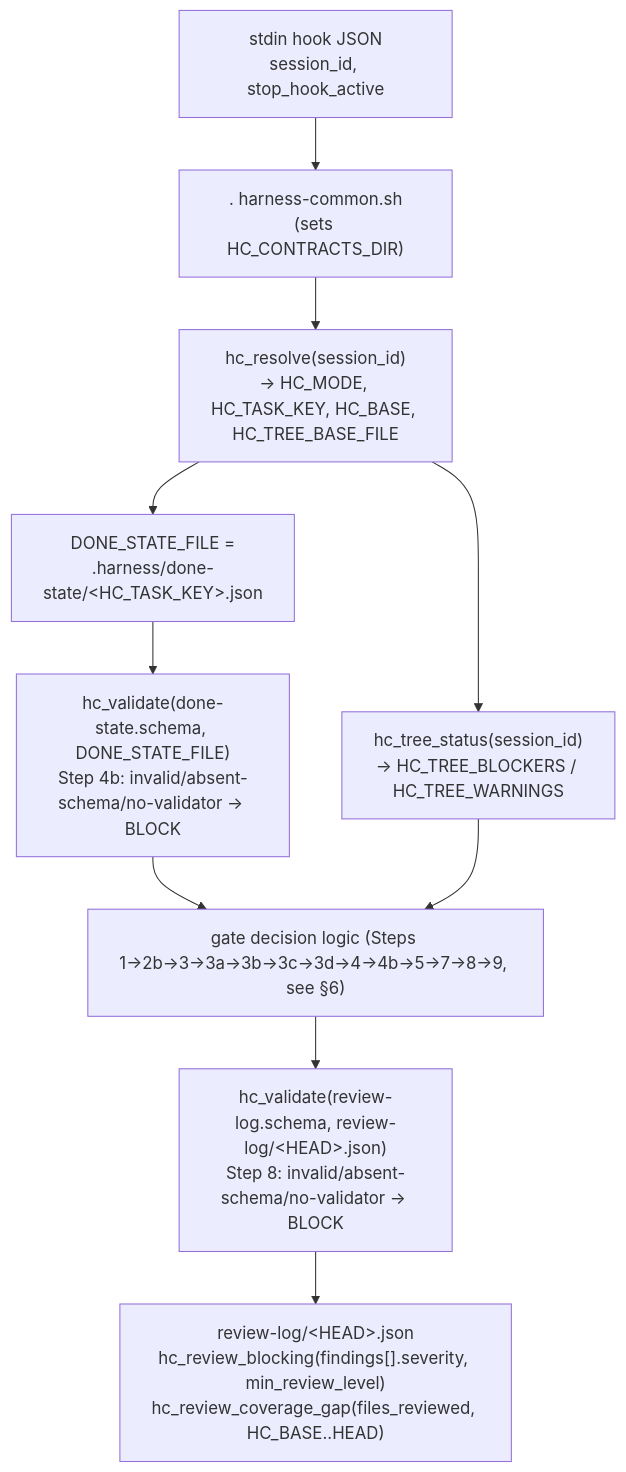
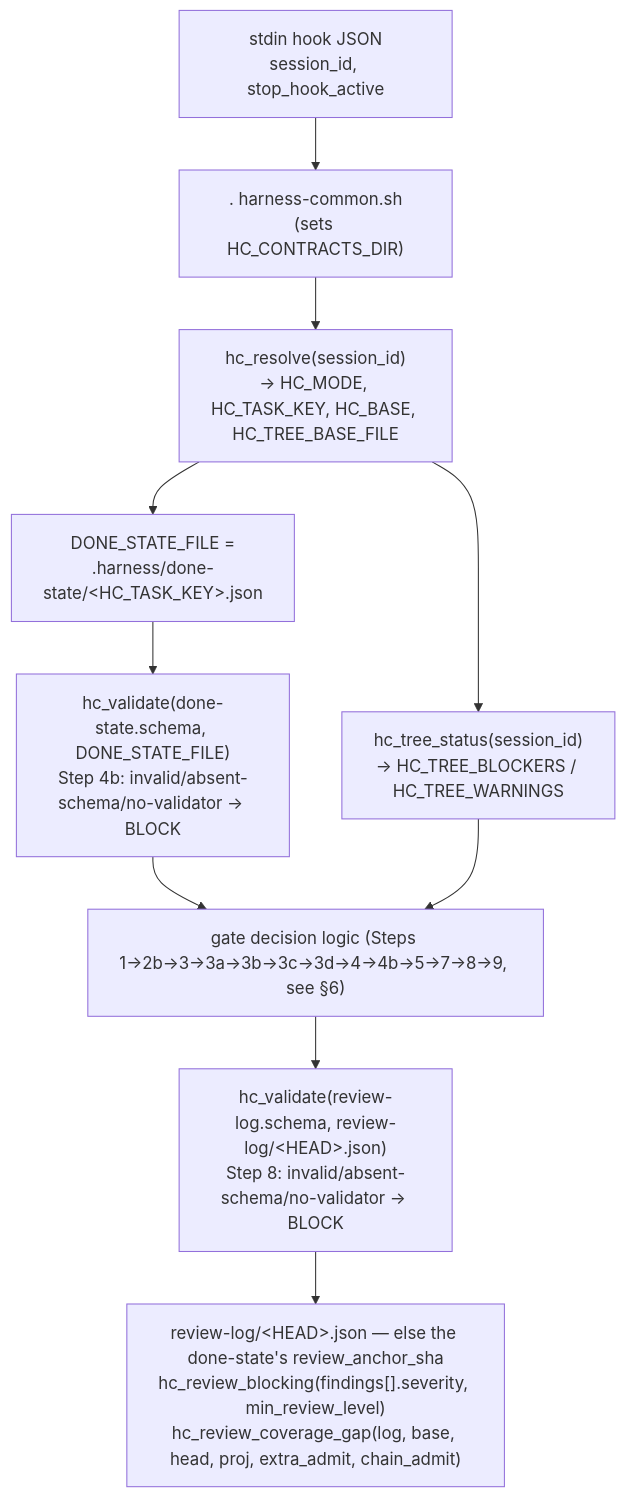
The fourth of 10 diagrams in docs/architecture.md (pehota/harlo), drawn with Mermaid before and after one commit. The commit also changed other lines of this file and 1 other file, not shown here.

````diff
--- a/docs/architecture.md
+++ b/docs/architecture.md
@@ -258,12 +258,12 @@
 ```mermaid
 flowchart TD
   IN["stdin hook JSON<br/>session_id, stop_hook_active"] --> SRC[". harness-common.sh<br/>(sets HC_CONTRACTS_DIR)"]
   SRC --> R["hc_resolve(session_id)<br/>→ HC_MODE, HC_TASK_KEY, HC_BASE, HC_TREE_BASE_FILE"]
   R --> KEY["DONE_STATE_FILE =<br/>.harness/done-state/&lt;HC_TASK_KEY&gt;.json"]
   R --> T["hc_tree_status(session_id)<br/>→ HC_TREE_BLOCKERS / HC_TREE_WARNINGS"]
   KEY --> V1["hc_validate(done-state.schema, DONE_STATE_FILE)<br/>Step 4b: invalid/absent-schema/no-validator → BLOCK"]
   V1 --> DEC["gate decision logic (Steps 1→2b→3→3a→3b→3c→3d→4→4b→5→7→8→9, see §6)"]
   T --> DEC
   DEC --> V2["hc_validate(review-log.schema, review-log/&lt;HEAD&gt;.json)<br/>Step 8: invalid/absent-schema/no-validator → BLOCK"]
-  V2 --> RL["review-log/&lt;HEAD&gt;.json<br/>hc_review_blocking(findings[].severity, min_review_level)<br/>hc_review_coverage_gap(files_reviewed, HC_BASE..HEAD)"]
+  V2 --> RL["review-log/&lt;HEAD&gt;.json — else the done-state's review_anchor_sha<br/>hc_review_blocking(findings[].severity, min_review_level)<br/>hc_review_coverage_gap(log, base, head, proj, extra_admit, chain_admit)"]
 ```
````
